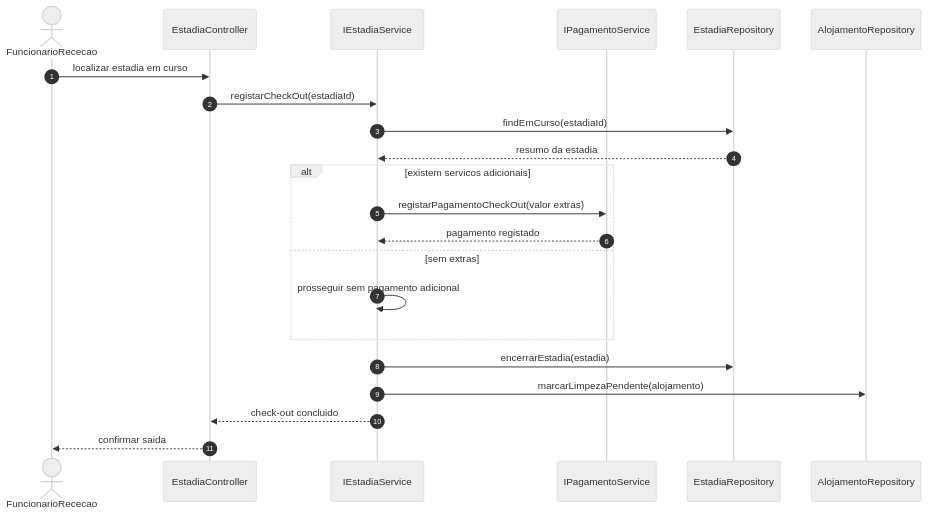
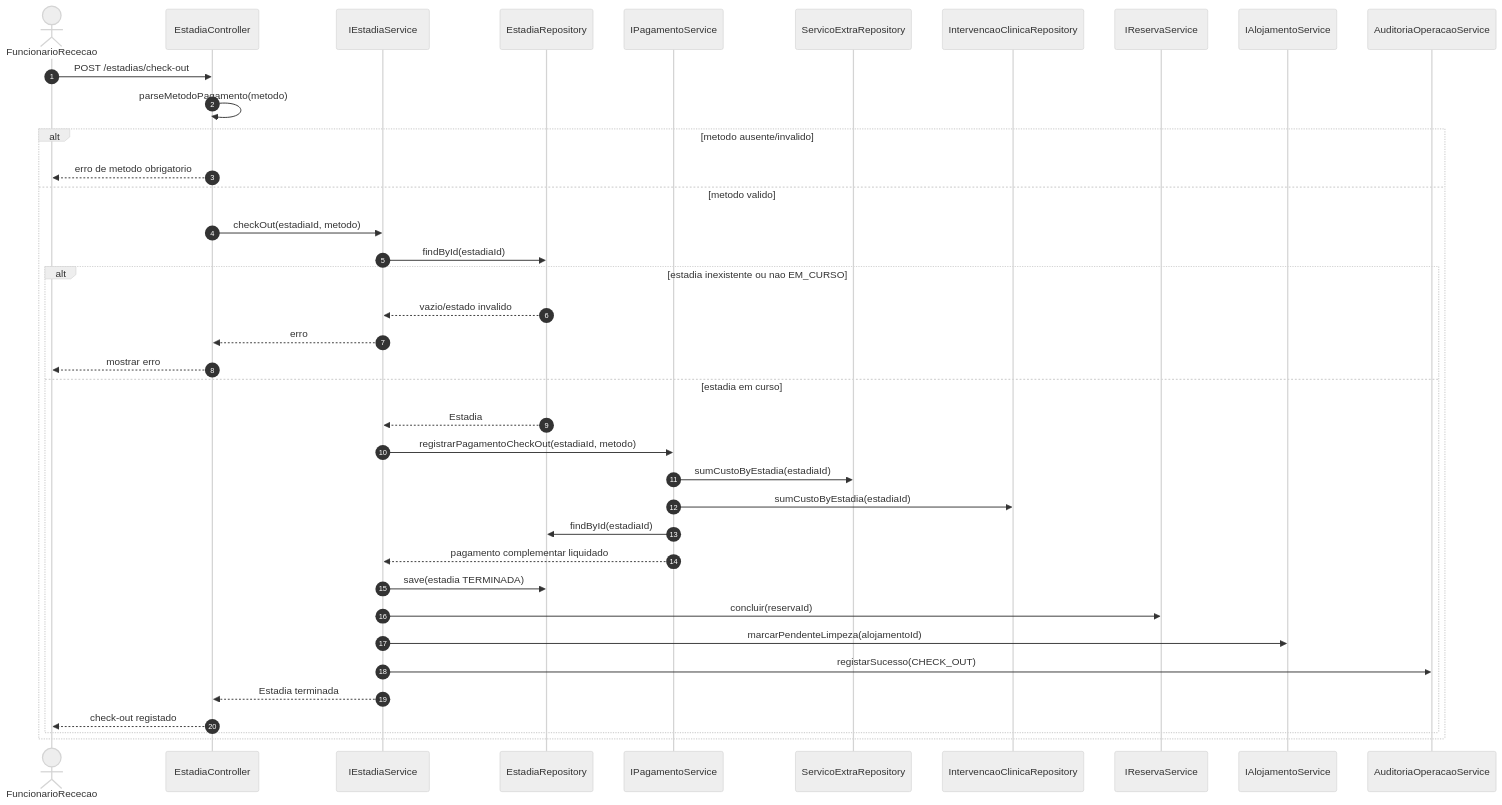
Before and after one commit to beatriz0freitas/LI4-G08: the diagram in docs/Etapa2/03-seq-diagrams/UC-07.mmd, drawn with Mermaid (neutral theme). The commit also changed 50 other files, not shown here.

Commit message:
fix: adaptacao e melhroia de use case, diagramas de sequencia e requsiitos

```diff
--- a/docs/Etapa2/03-seq-diagrams/UC-07.mmd
+++ b/docs/Etapa2/03-seq-diagrams/UC-07.mmd
@@ -1,23 +1,39 @@
 sequenceDiagram
     autonumber
     actor FuncionarioRececao
     participant EstadiaController
     participant IEstadiaService
+    participant EstadiaRepository
     participant IPagamentoService
-    participant EstadiaRepository
-    participant AlojamentoRepository
+    participant ServicoExtraRepository
+    participant IntervencaoClinicaRepository
+    participant IReservaService
+    participant IAlojamentoService
+    participant AuditoriaOperacaoService
 
-    FuncionarioRececao->>EstadiaController: localizar estadia em curso
-    EstadiaController->>IEstadiaService: registarCheckOut(estadiaId)
-    IEstadiaService->>EstadiaRepository: findEmCurso(estadiaId)
-    EstadiaRepository-->>IEstadiaService: resumo da estadia
-    alt existem servicos adicionais
-        IEstadiaService->>IPagamentoService: registarPagamentoCheckOut(valor extras)
-        IPagamentoService-->>IEstadiaService: pagamento registado
-    else sem extras
-        IEstadiaService->>IEstadiaService: prosseguir sem pagamento adicional
+    FuncionarioRececao->>EstadiaController: POST /estadias/check-out
+    EstadiaController->>EstadiaController: parseMetodoPagamento(metodo)
+    alt metodo ausente/invalido
+        EstadiaController-->>FuncionarioRececao: erro de metodo obrigatorio
+    else metodo valido
+        EstadiaController->>IEstadiaService: checkOut(estadiaId, metodo)
+        IEstadiaService->>EstadiaRepository: findById(estadiaId)
+        alt estadia inexistente ou nao EM_CURSO
+            EstadiaRepository-->>IEstadiaService: vazio/estado invalido
+            IEstadiaService-->>EstadiaController: erro
+            EstadiaController-->>FuncionarioRececao: mostrar erro
+        else estadia em curso
+            EstadiaRepository-->>IEstadiaService: Estadia
+            IEstadiaService->>IPagamentoService: registrarPagamentoCheckOut(estadiaId, metodo)
+            IPagamentoService->>ServicoExtraRepository: sumCustoByEstadia(estadiaId)
+            IPagamentoService->>IntervencaoClinicaRepository: sumCustoByEstadia(estadiaId)
+            IPagamentoService->>EstadiaRepository: findById(estadiaId)
+            IPagamentoService-->>IEstadiaService: pagamento complementar liquidado
+            IEstadiaService->>EstadiaRepository: save(estadia TERMINADA)
+            IEstadiaService->>IReservaService: concluir(reservaId)
+            IEstadiaService->>IAlojamentoService: marcarPendenteLimpeza(alojamentoId)
+            IEstadiaService->>AuditoriaOperacaoService: registarSucesso(CHECK_OUT)
+            IEstadiaService-->>EstadiaController: Estadia terminada
+            EstadiaController-->>FuncionarioRececao: check-out registado
+        end
     end
-    IEstadiaService->>EstadiaRepository: encerrarEstadia(estadia)
-    IEstadiaService->>AlojamentoRepository: marcarLimpezaPendente(alojamento)
-    IEstadiaService-->>EstadiaController: check-out concluido
-    EstadiaController-->>FuncionarioRececao: confirmar saida
```
